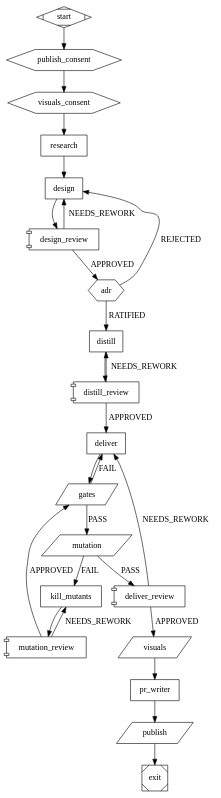
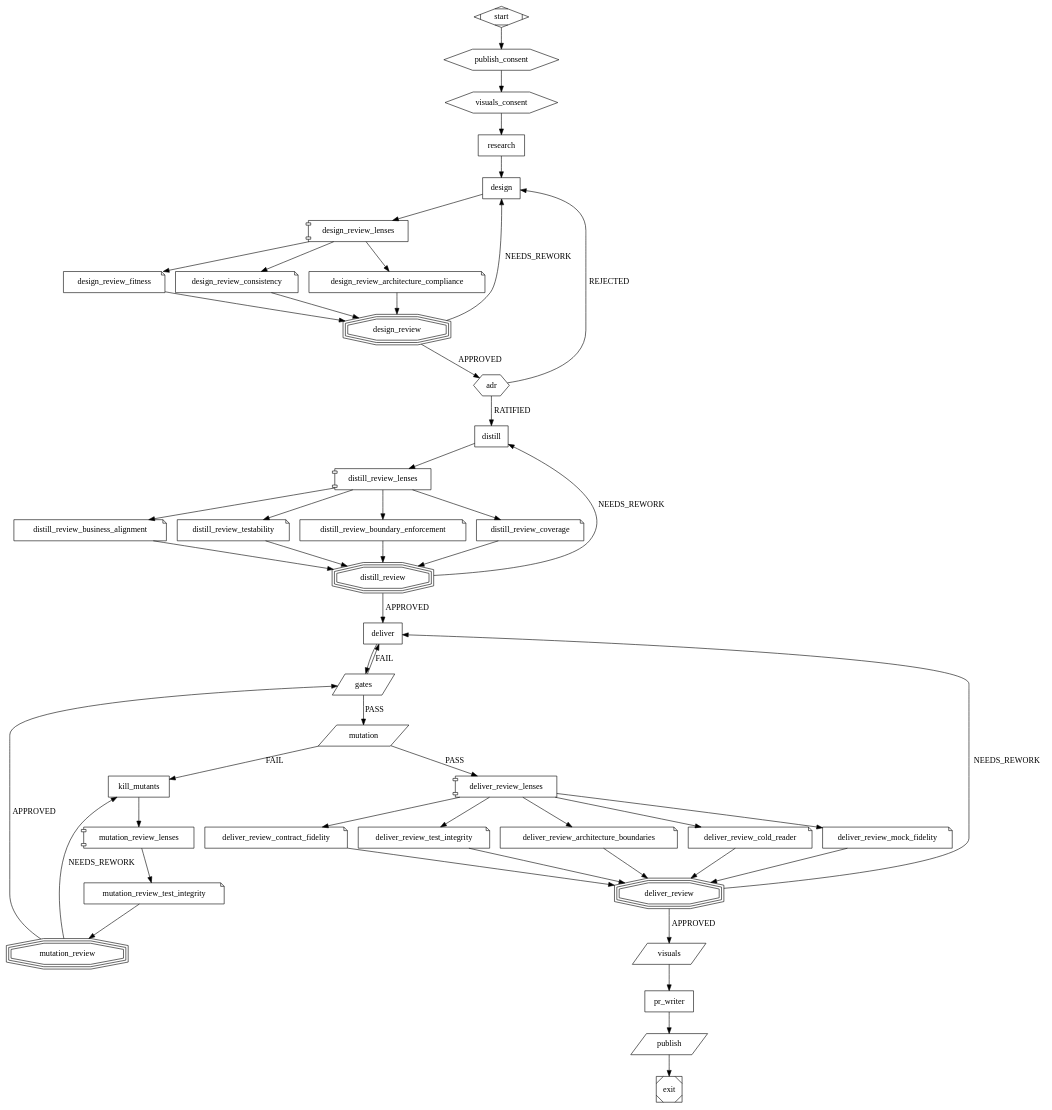
The diagram in plugins/skraft-framework/workflows/skraft.dot (SebastienDegodez/skraft-plugin), drawn with Graphviz before and after one commit. The commit also changed 20 other files, not shown here.

First line of the commit message:
feat(engine): a review is a fan-out, one lens node per branch, and a fan-in

```diff
--- a/plugins/skraft-framework/workflows/skraft.dot
+++ b/plugins/skraft-framework/workflows/skraft.dot
@@ -1,51 +1,81 @@
 // The skraft pipeline. Copy it into a repository with `skraft workflow eject`, then add
 // agents, lenses, gates or questions; `skraft workflow check` validates it, `skraft workflow diff`
 // compares it with this one. A node marked locked=true can only be dropped with unlock="<reason>".
-// A review node (shape=component) runs each lens `<name>` as the agent `<name>-lens`. skraft-config.json's `assign` chooses each agent's model family, `models` what a family runs on per host; in an ejected copy, model= on a node, `<name>@<family>` on a lens and refuter= name a family too, under `assign.agents`.
+// A review fans out (shape=component) to one lens node per branch (shape=note, lens="<name>", run as the agent `<name>-lens`) and closes in a fan-in (shape=tripleoctagon) that refutes the findings, computes the verdict and carries the APPROVED and NEEDS_REWORK edges. A lens with when="mock" or when="contract" runs only when the changes touch mocks or contracts; one without when always runs. skraft-config.json's `assign` chooses each agent's model family, `models` what a family runs on per host; in an ejected copy, model= on an agent, a lens or a fan-in (for its lenses that name none) and refuter= on a fan-in name a family too, under `assign.agents`.
 // A hexagon asks a human: the run waits until `skraft decide` answers.
 // A parallelogram with publish="pull-request" pushes the branch and opens or updates its pull request, with the consent publish-consent asked.
 // A parallelogram with publish="playwright-visuals" runs each front end's e2e command and commits the screenshots its manifest lists, with the consent reporting-consent asked; when="frontend" skips it without a front end.
 // each="survivor-file" runs an agent once per file holding mutants the mutation gate left alive.
 digraph skraft {
   graph [version="2", goal="Deliver the story"]
 
   start    [shape=Mdiamond]
   publish_consent [shape=hexagon, question="publish-consent", phase="RESEARCH"]
   visuals_consent [shape=hexagon, question="reporting-consent"]
   research [shape=box, agent="solution-researcher", phase="RESEARCH"]
   design   [shape=box, agent="solution-architect", phase="DESIGN"]
-  design_review [shape=component, lenses="consistency,architecture-compliance,fitness"]
+  design_review_lenses [shape=component]
+  design_review_consistency [shape=note, lens="consistency"]
+  design_review_architecture_compliance [shape=note, lens="architecture-compliance"]
+  design_review_fitness [shape=note, lens="fitness"]
+  design_review [shape=tripleoctagon]
   adr      [shape=hexagon, question="adr-ratification"]
   distill  [shape=box, agent="acceptance-designer", phase="DISTILL"]
-  distill_review [shape=component, lenses="coverage,business-alignment,testability,boundary-enforcement"]
+  distill_review_lenses [shape=component]
+  distill_review_coverage [shape=note, lens="coverage"]
+  distill_review_business_alignment [shape=note, lens="business-alignment"]
+  distill_review_testability [shape=note, lens="testability"]
+  distill_review_boundary_enforcement [shape=note, lens="boundary-enforcement"]
+  distill_review [shape=tripleoctagon]
   deliver  [shape=box, agent="software-engineer", phase="DELIVER"]
   gates    [shape=parallelogram, gate="build,format,lint,test,architecture,coverage", goal_gate=true, locked=true, phase="DELIVER"]
   mutation [shape=parallelogram, gate="mutation", goal_gate=true, locked=true]
   kill_mutants [shape=box, agent="software-engineer", each="survivor-file"]
-  mutation_review [shape=component, lenses="test-integrity"]
-  deliver_review [shape=component, lenses="test-integrity,architecture-boundaries,cold-reader,mock-fidelity,contract-fidelity"]
+  mutation_review_lenses [shape=component]
+  mutation_review_test_integrity [shape=note, lens="test-integrity"]
+  mutation_review [shape=tripleoctagon]
+  deliver_review_lenses [shape=component]
+  deliver_review_test_integrity [shape=note, lens="test-integrity"]
+  deliver_review_architecture_boundaries [shape=note, lens="architecture-boundaries"]
+  deliver_review_cold_reader [shape=note, lens="cold-reader"]
+  deliver_review_mock_fidelity [shape=note, lens="mock-fidelity", when="mock"]
+  deliver_review_contract_fidelity [shape=note, lens="contract-fidelity", when="contract"]
+  deliver_review [shape=tripleoctagon]
   visuals  [shape=parallelogram, publish="playwright-visuals", when="frontend"]
   pr_writer [shape=box, agent="pr-writer", phase="PUBLISH"]
   publish  [shape=parallelogram, publish="pull-request"]
   exit     [shape=Msquare]
 
-  start -> publish_consent -> visuals_consent -> research -> design -> design_review
+  start -> publish_consent -> visuals_consent -> research -> design -> design_review_lenses
+  design_review_lenses -> design_review_consistency -> design_review
+  design_review_lenses -> design_review_architecture_compliance -> design_review
+  design_review_lenses -> design_review_fitness -> design_review
   design_review -> design  [label="NEEDS_REWORK", max_visits=3]
   design_review -> adr     [label="APPROVED"]
   adr -> distill   [label="RATIFIED"]
   adr -> design    [label="REJECTED", max_visits=3]
-  distill -> distill_review
+  distill -> distill_review_lenses
+  distill_review_lenses -> distill_review_coverage -> distill_review
+  distill_review_lenses -> distill_review_business_alignment -> distill_review
+  distill_review_lenses -> distill_review_testability -> distill_review
+  distill_review_lenses -> distill_review_boundary_enforcement -> distill_review
   distill_review -> distill [label="NEEDS_REWORK", max_visits=3]
   distill_review -> deliver [label="APPROVED"]
   deliver -> gates
   gates -> deliver [label="FAIL", max_visits=3]
   gates -> mutation [label="PASS"]
   mutation -> kill_mutants [label="FAIL", max_visits=5]
-  kill_mutants -> mutation_review
+  kill_mutants -> mutation_review_lenses
+  mutation_review_lenses -> mutation_review_test_integrity -> mutation_review
   mutation_review -> kill_mutants [label="NEEDS_REWORK", max_visits=3]
   mutation_review -> gates [label="APPROVED"]
-  mutation -> deliver_review [label="PASS"]
+  mutation -> deliver_review_lenses [label="PASS"]
+  deliver_review_lenses -> deliver_review_test_integrity -> deliver_review
+  deliver_review_lenses -> deliver_review_architecture_boundaries -> deliver_review
+  deliver_review_lenses -> deliver_review_cold_reader -> deliver_review
+  deliver_review_lenses -> deliver_review_mock_fidelity -> deliver_review
+  deliver_review_lenses -> deliver_review_contract_fidelity -> deliver_review
   deliver_review -> deliver [label="NEEDS_REWORK", max_visits=3]
   deliver_review -> visuals [label="APPROVED"]
   visuals -> pr_writer -> publish -> exit
 }
```
